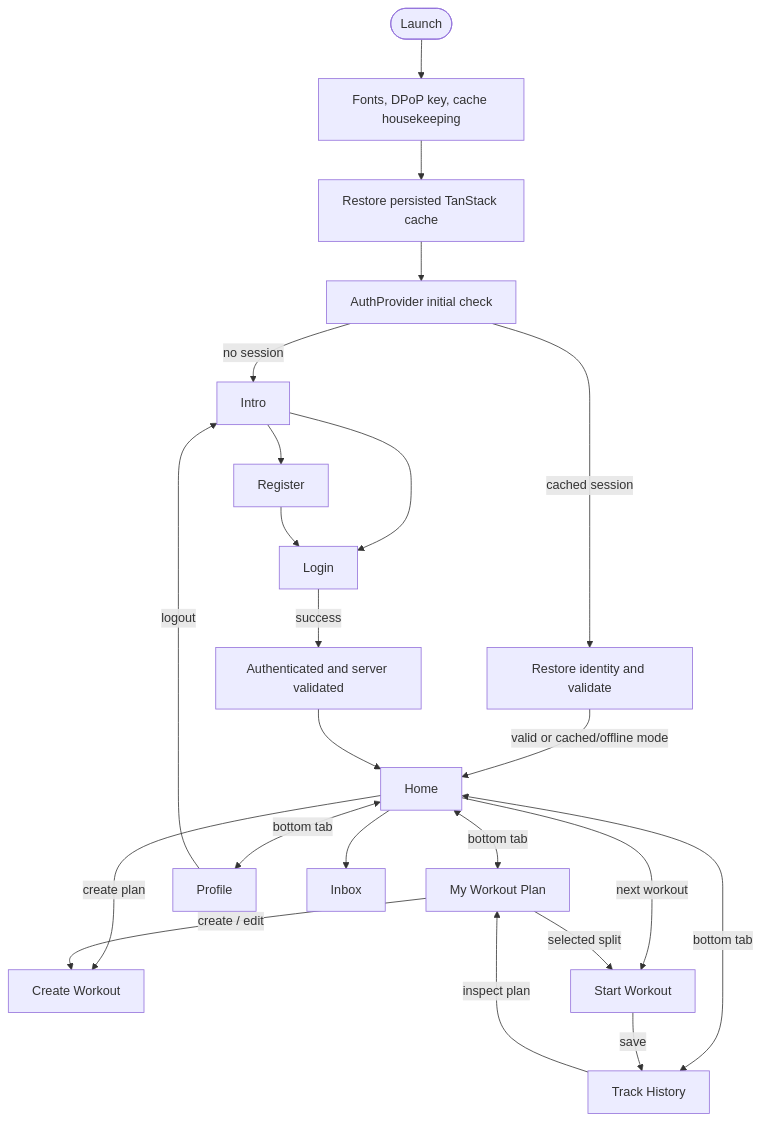
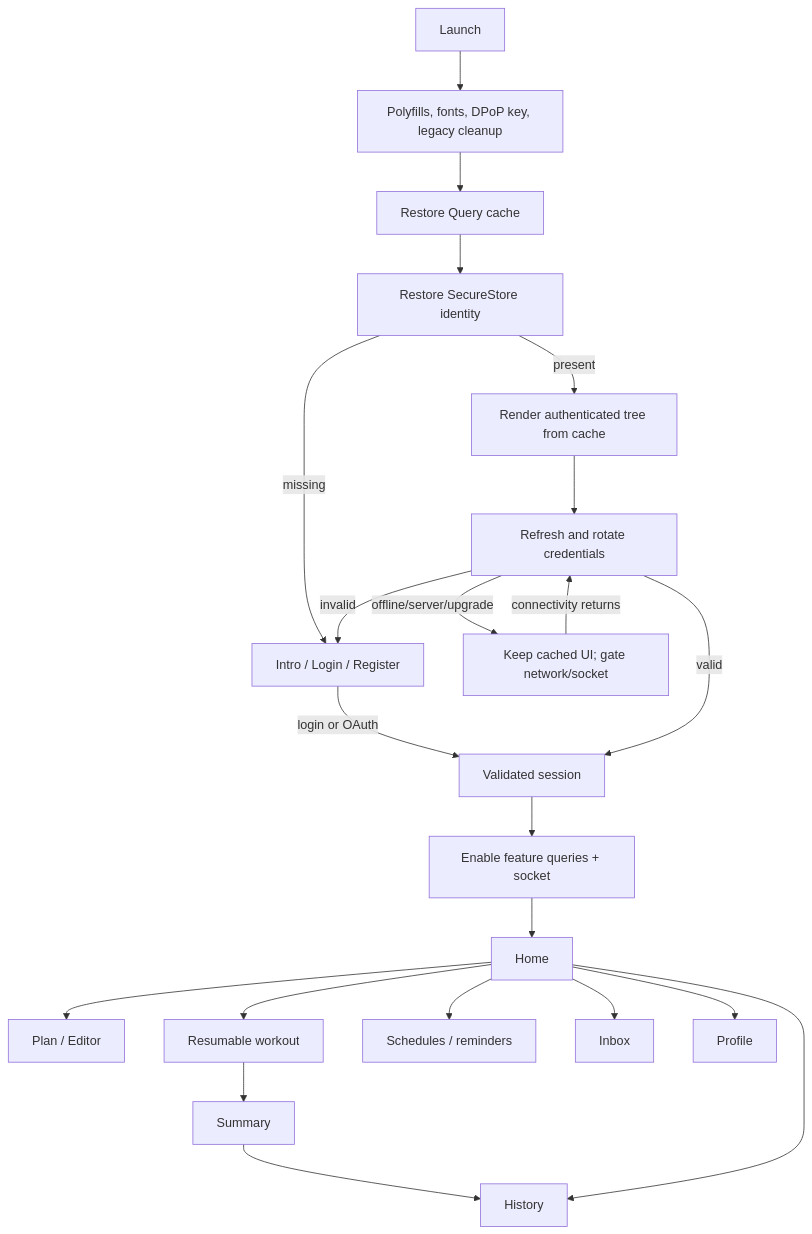
One commit to kobihanoch/Strong-Together-App changed the third of 3 diagrams in docs/c4-architecture-overview.md. Above: the diagram before and after it, drawn with Mermaid. The commit also changed other lines of this file and 15 other files, not shown here.

````diff
--- a/docs/c4-architecture-overview.md
+++ b/docs/c4-architecture-overview.md
@@ -270,26 +64,24 @@
 ```mermaid
 flowchart TD
-  Launch([Launch]) --> Init[Fonts, DPoP key, cache housekeeping]
-  Init --> Hydrate[Restore persisted TanStack cache]
-  Hydrate --> Check[AuthProvider initial check]
-  Check -->|no session| Intro[Intro]
-  Intro --> Login[Login]
-  Intro --> Register[Register]
-  Register --> Login
-  Login -->|success| Validate[Authenticated and server validated]
-  Check -->|cached session| ValidateAttempt[Restore identity and validate]
-  ValidateAttempt -->|valid or cached/offline mode| Home[Home]
-  Validate --> Home
-
-  Home <-->|bottom tab| Plan[My Workout Plan]
-  Home <-->|bottom tab| History[Track History]
-  Home <-->|bottom tab| Profile[Profile]
-  Home --> Inbox[Inbox]
-  Home -->|create plan| Editor[Create Workout]
-  Plan -->|create / edit| Editor
-  Home -->|next workout| Workout[Start Workout]
-  Plan -->|selected split| Workout
-  Workout -->|save| History
-  History -->|inspect plan| Plan
-  Profile -->|logout| Intro
+    Launch --> Boot[Polyfills, fonts, DPoP key, legacy cleanup]
+    Boot --> Hydrate[Restore Query cache]
+    Hydrate --> Check[Restore SecureStore identity]
+    Check -->|missing| Guest[Intro / Login / Register]
+    Check -->|present| Cached[Render authenticated tree from cache]
+    Guest -->|login or OAuth| Validated[Validated session]
+    Cached --> Refresh[Refresh and rotate credentials]
+    Refresh -->|valid| Validated
+    Refresh -->|offline/server/upgrade| Offline[Keep cached UI; gate network/socket]
+    Refresh -->|invalid| Guest
+    Offline -->|connectivity returns| Refresh
+    Validated --> Features[Enable feature queries + socket]
+    Features --> Home
+    Home --> Plan[Plan / Editor]
+    Home --> Session[Resumable workout]
+    Session --> Summary
+    Summary --> History
+    Home --> History
+    Home --> Schedule[Schedules / reminders]
+    Home --> Inbox
+    Home --> Profile
 ```
````
